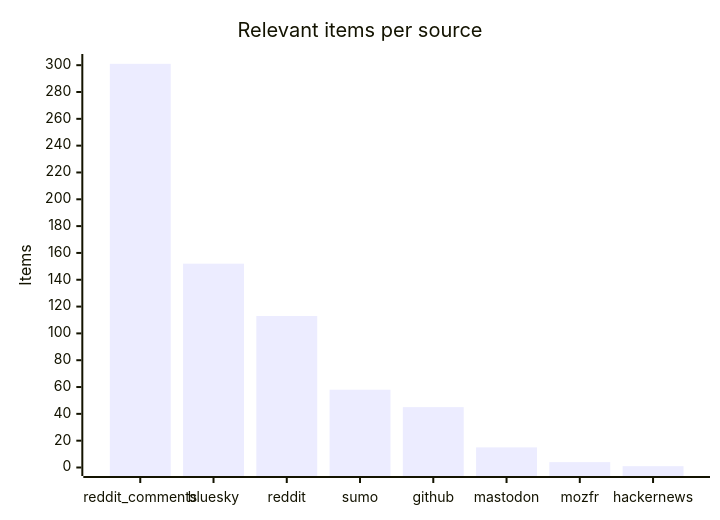
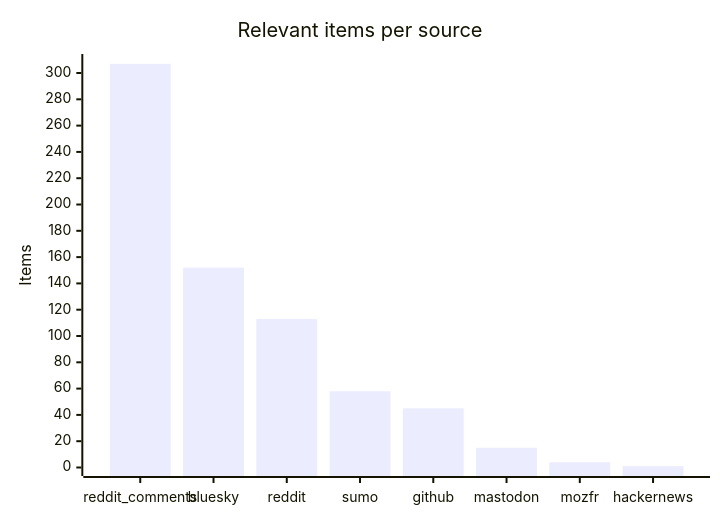
Before and after one commit to martinbalfanz/social-scanner-reports: the third of 4 diagrams in README.md, drawn with Mermaid. The commit also changed other lines of this file and 4 other files, not shown here.

````diff
--- a/README.md
+++ b/README.md
@@ -48,7 +48,7 @@
 ```mermaid
 xychart-beta
     title "Relevant items per source"
     x-axis ["reddit_comments", "bluesky", "reddit", "sumo", "github", "mastodon", "mozfr", "hackernews"]
-    y-axis "Items" 0 --> 302
-    bar [301, 152, 113, 58, 45, 15, 4, 1]
+    y-axis "Items" 0 --> 308
+    bar [307, 152, 113, 58, 45, 15, 4, 1]
 ```
````
